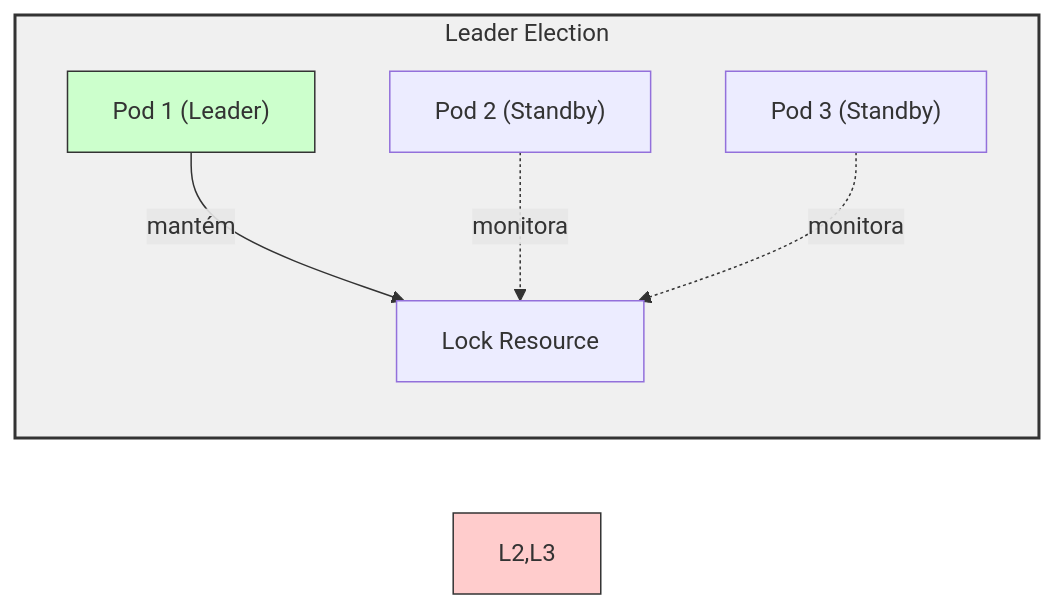
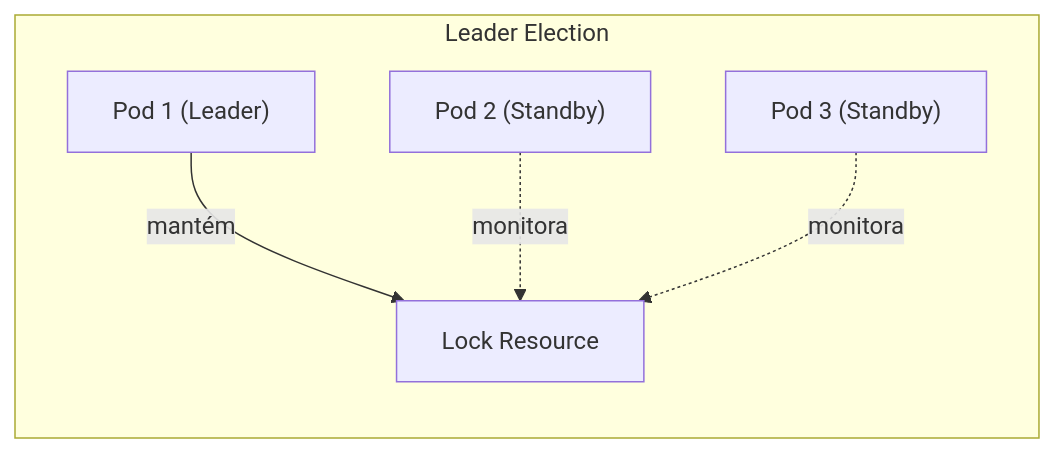
The fourth of 7 diagrams in docs/extras/advanced-operator-topics.md (cloud104/tcloud-devops-k8s-operators-training), drawn with Mermaid before and after one commit. The commit also changed other lines of this file and 6 other files, not shown here.

First line of the commit message:
docs: revisa material teorico, corrige APIs e melhora diagramas

````diff
--- a/docs/extras/advanced-operator-topics.md
+++ b/docs/extras/advanced-operator-topics.md
@@ -141,18 +129,14 @@
 ```mermaid
 flowchart LR
     subgraph LE ["Leader Election"]
         L1["Pod 1 (Leader)"]
         L2["Pod 2 (Standby)"]
         L3["Pod 3 (Standby)"]
         
         LOCK["Lock Resource"]
         
         L1 -->|"mantém"| LOCK
         L2 -.->|"monitora"| LOCK
         L3 -.->|"monitora"| LOCK
     end
-    
-    style LE fill:#f0f0f0,stroke:#333,stroke-width:2px
-    style L1 fill:#ccffcc,stroke:#333
-    style L2,L3 fill:#ffcccc,stroke:#333
 ```
````
